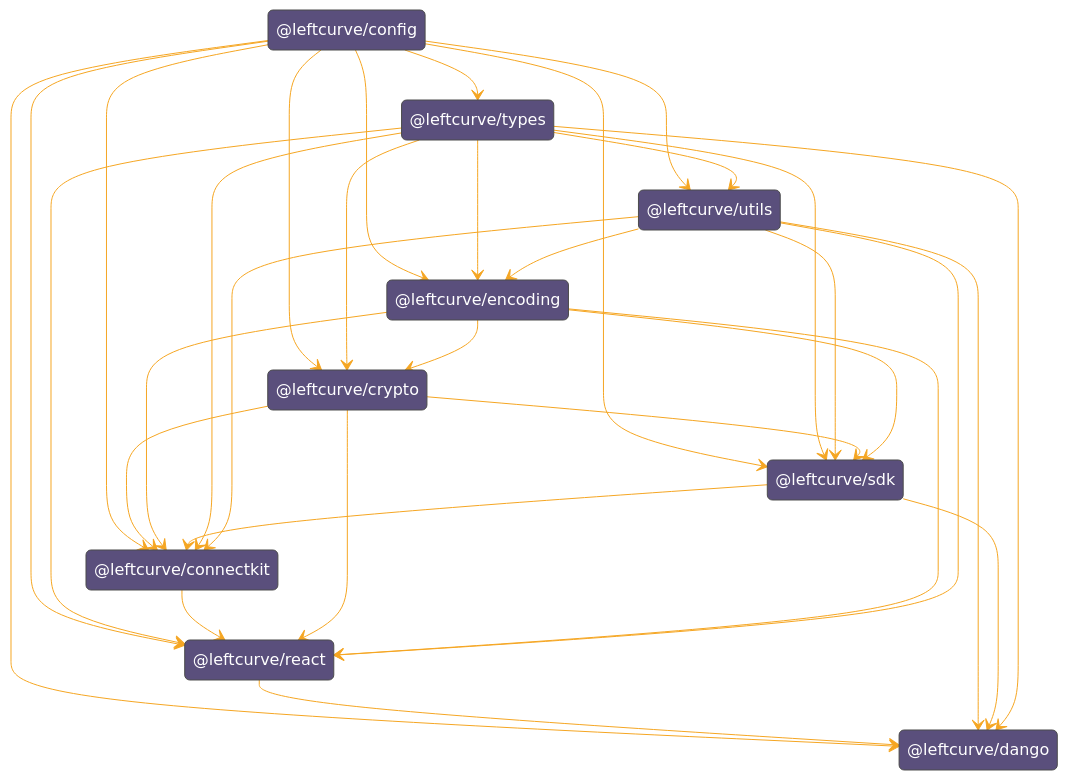
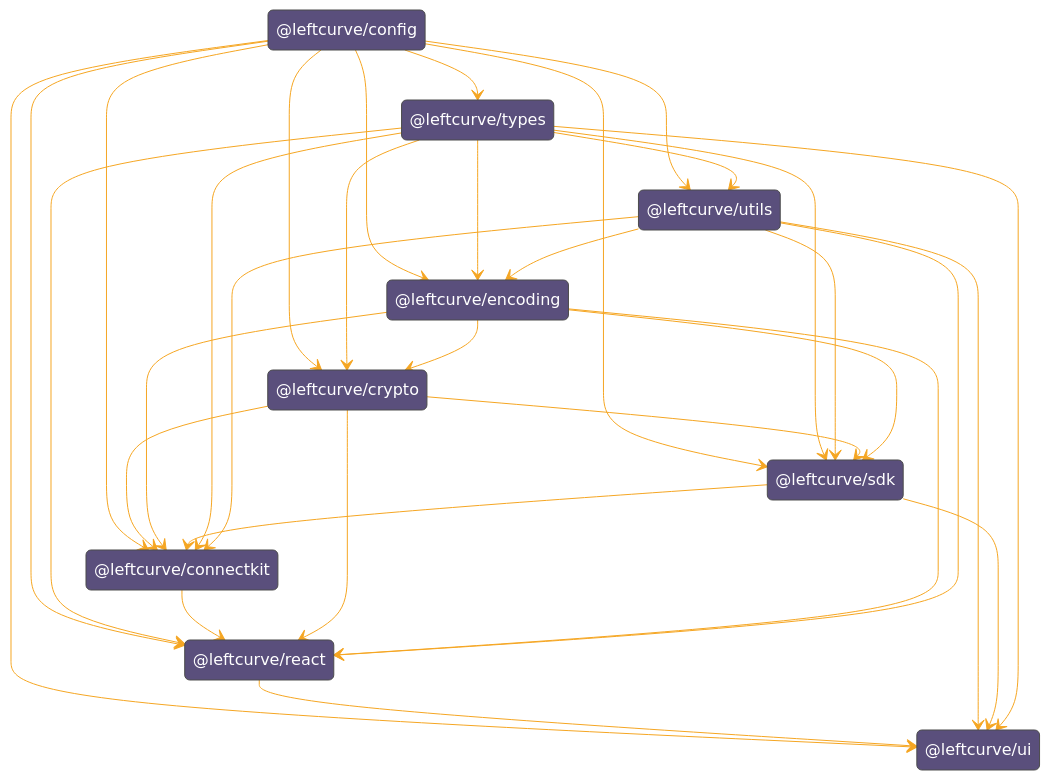
Before and after one commit to left-curve/left-curve: the diagram in README.md, drawn with Mermaid. The commit also changed other lines of this file and 138 other files, not shown here.

````diff
--- a/README.md
+++ b/README.md
@@ -29,40 +29,40 @@
 ```mermaid
 %%{
   init: {
   'theme': 'base',
 	'themeVariables': {"primaryTextColor":"#fff","primaryColor":"#5a4f7c","lineColor":"#f5a623" }
   }
 }%%
 stateDiagram-v2
     @leftcurve/config --> @leftcurve/types
     @leftcurve/config --> @leftcurve/utils
     @leftcurve/types --> @leftcurve/utils
     @leftcurve/config --> @leftcurve/sdk
     @leftcurve/types --> @leftcurve/sdk
     @leftcurve/utils --> @leftcurve/sdk
     @leftcurve/crypto --> @leftcurve/sdk
     @leftcurve/encoding --> @leftcurve/sdk
     @leftcurve/config --> @leftcurve/react
     @leftcurve/types --> @leftcurve/react
     @leftcurve/connectkit --> @leftcurve/react
     @leftcurve/crypto --> @leftcurve/react
     @leftcurve/encoding --> @leftcurve/react
     @leftcurve/utils --> @leftcurve/react
     @leftcurve/config --> @leftcurve/encoding
     @leftcurve/types --> @leftcurve/encoding
     @leftcurve/utils --> @leftcurve/encoding
-    @leftcurve/config --> @leftcurve/dango
-    @leftcurve/react --> @leftcurve/dango
-    @leftcurve/utils --> @leftcurve/dango
-    @leftcurve/sdk --> @leftcurve/dango
-    @leftcurve/types --> @leftcurve/dango
+    @leftcurve/config --> @leftcurve/ui
+    @leftcurve/react --> @leftcurve/ui
+    @leftcurve/utils --> @leftcurve/ui
+    @leftcurve/sdk --> @leftcurve/ui
+    @leftcurve/types --> @leftcurve/ui
     @leftcurve/config --> @leftcurve/crypto
     @leftcurve/types --> @leftcurve/crypto
     @leftcurve/encoding --> @leftcurve/crypto
     @leftcurve/config --> @leftcurve/connectkit
     @leftcurve/crypto --> @leftcurve/connectkit
     @leftcurve/encoding --> @leftcurve/connectkit
     @leftcurve/sdk --> @leftcurve/connectkit
     @leftcurve/types --> @leftcurve/connectkit
     @leftcurve/utils --> @leftcurve/connectkit
 ```
````
